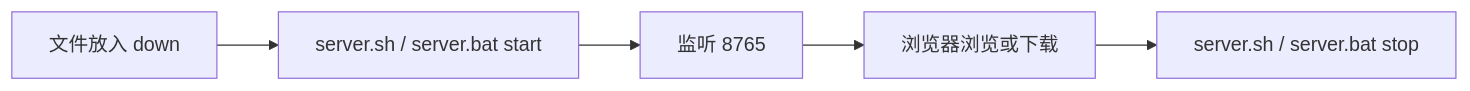
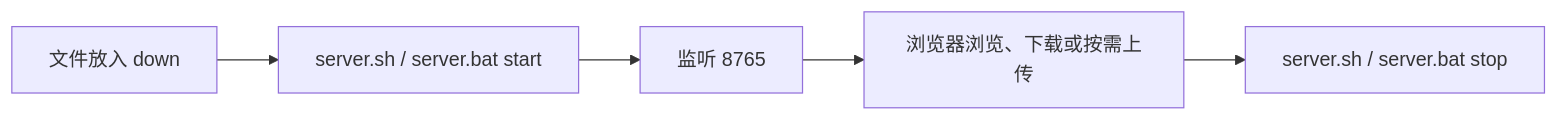
The diagram in 使用说明.md (winskymobile/NetPull), drawn with Mermaid before and after one commit. The commit also changed other lines of this file and 5 other files, not shown here.

````diff
--- a/使用说明.md
+++ b/使用说明.md
@@ -204,7 +211,7 @@
 ```mermaid
 flowchart LR
   A[文件放入 down] --> B["server.sh / server.bat start"]
   B --> C[监听 8765]
-  C --> D[浏览器浏览或下载]
+  C --> D[浏览器浏览、下载或按需上传]
   D --> E["server.sh / server.bat stop"]
 ```
````
